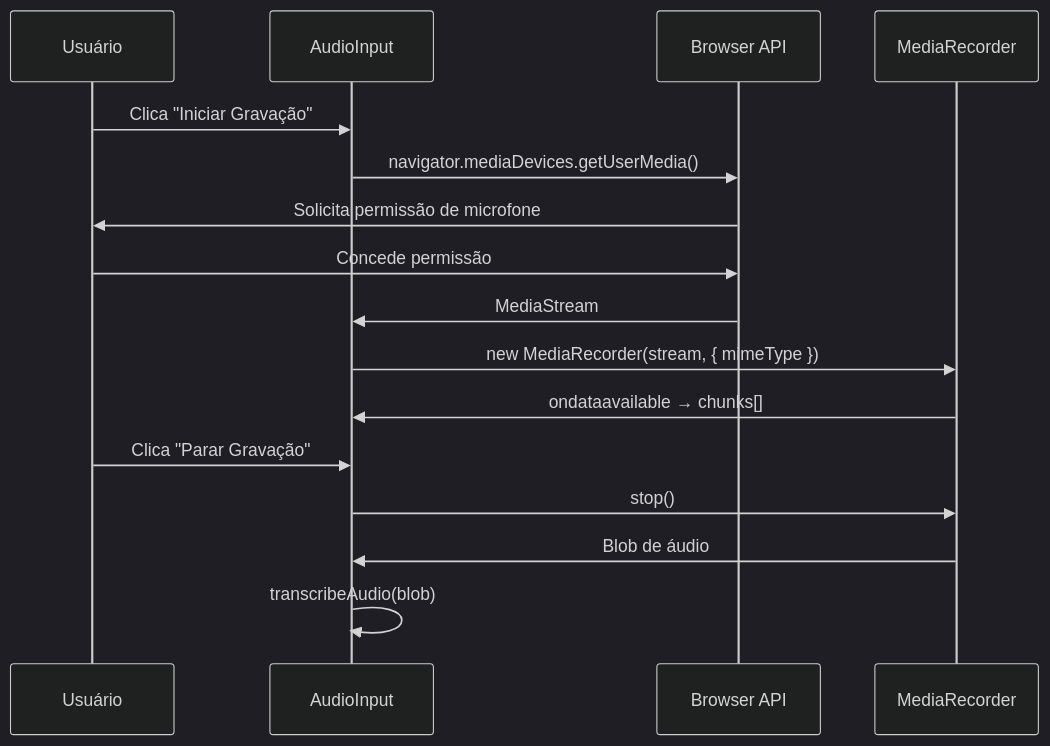
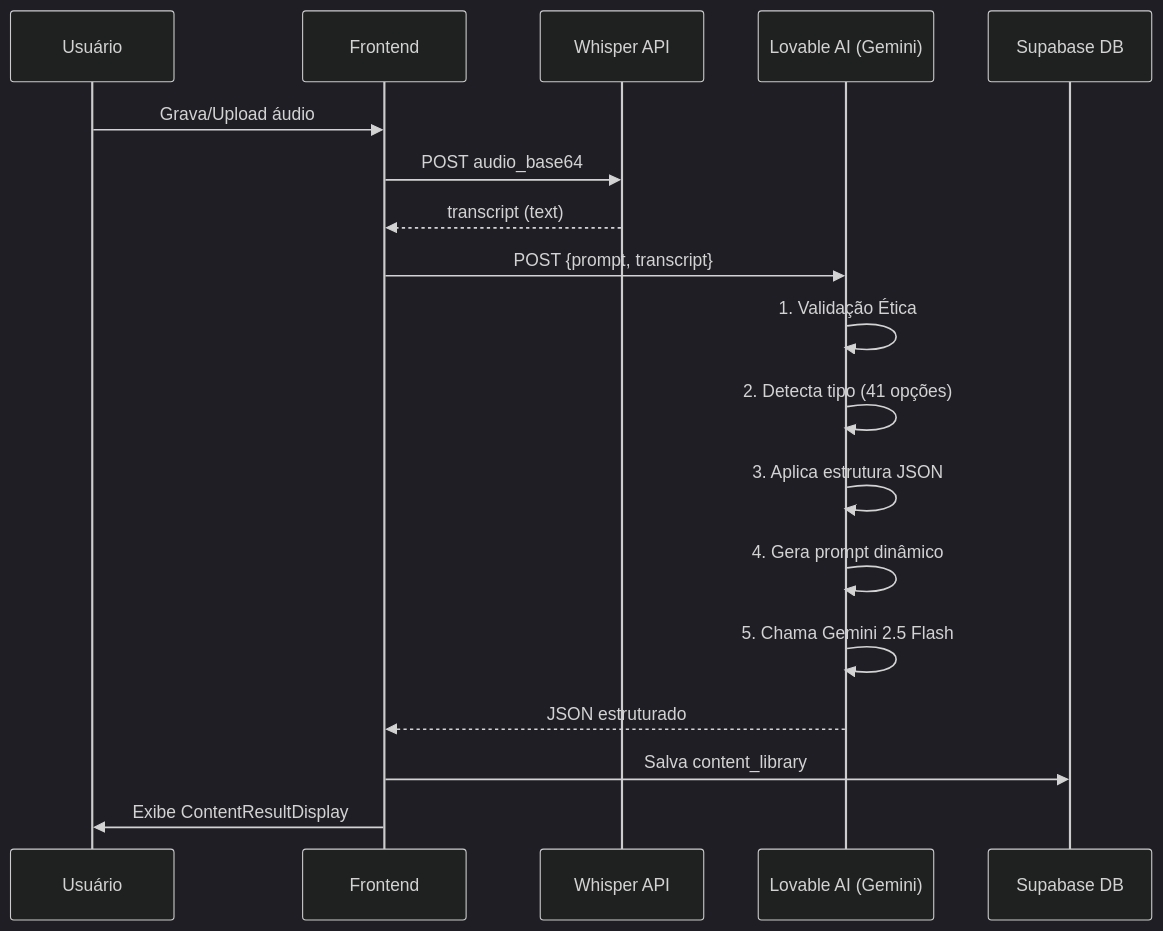
Before and after one commit to eudavidthomaz/vision-studio-lab: the first of 4 diagrams in ARQUITETURA_SISTEMA_IDEON.md, drawn with Mermaid (dark theme). The commit also changed other lines of this file and 2 other files, not shown here.

Commit message:
feat: Implement full AI content generation plan

````diff
--- a/ARQUITETURA_SISTEMA_IDEON.md
+++ b/ARQUITETURA_SISTEMA_IDEON.md
@@ -127,19 +33,21 @@
 ```mermaid
 sequenceDiagram
     participant U as Usuário
-    participant C as AudioInput
-    participant B as Browser API
-    participant M as MediaRecorder
-    
-    U->>C: Clica "Iniciar Gravação"
-    C->>B: navigator.mediaDevices.getUserMedia()
-    B->>U: Solicita permissão de microfone
-    U->>B: Concede permissão
-    B->>C: MediaStream
-    C->>M: new MediaRecorder(stream, { mimeType })
-    M->>C: ondataavailable → chunks[]
-    U->>C: Clica "Parar Gravação"
-    C->>M: stop()
-    M->>C: Blob de áudio
-    C->>C: transcribeAudio(blob)
+    participant FE as Frontend
+    participant WT as Whisper API
+    participant AI as Lovable AI (Gemini)
+    participant DB as Supabase DB
+
+    U->>FE: Grava/Upload áudio
+    FE->>WT: POST audio_base64
+    WT-->>FE: transcript (text)
+    FE->>AI: POST {prompt, transcript}
+    AI->>AI: 1. Validação Ética
+    AI->>AI: 2. Detecta tipo (41 opções)
+    AI->>AI: 3. Aplica estrutura JSON
+    AI->>AI: 4. Gera prompt dinâmico
+    AI->>AI: 5. Chama Gemini 2.5 Flash
+    AI-->>FE: JSON estruturado
+    FE->>DB: Salva content_library
+    FE->>U: Exibe ContentResultDisplay
 ```
````
